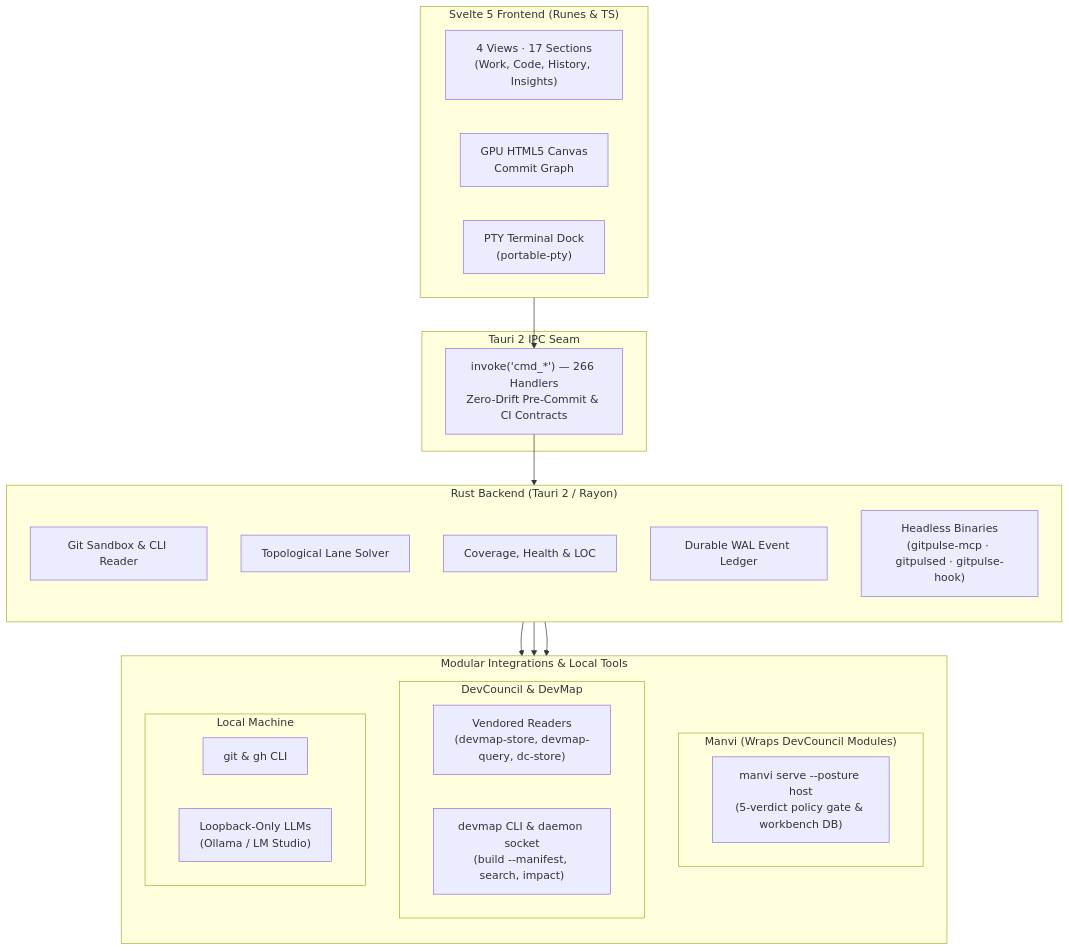
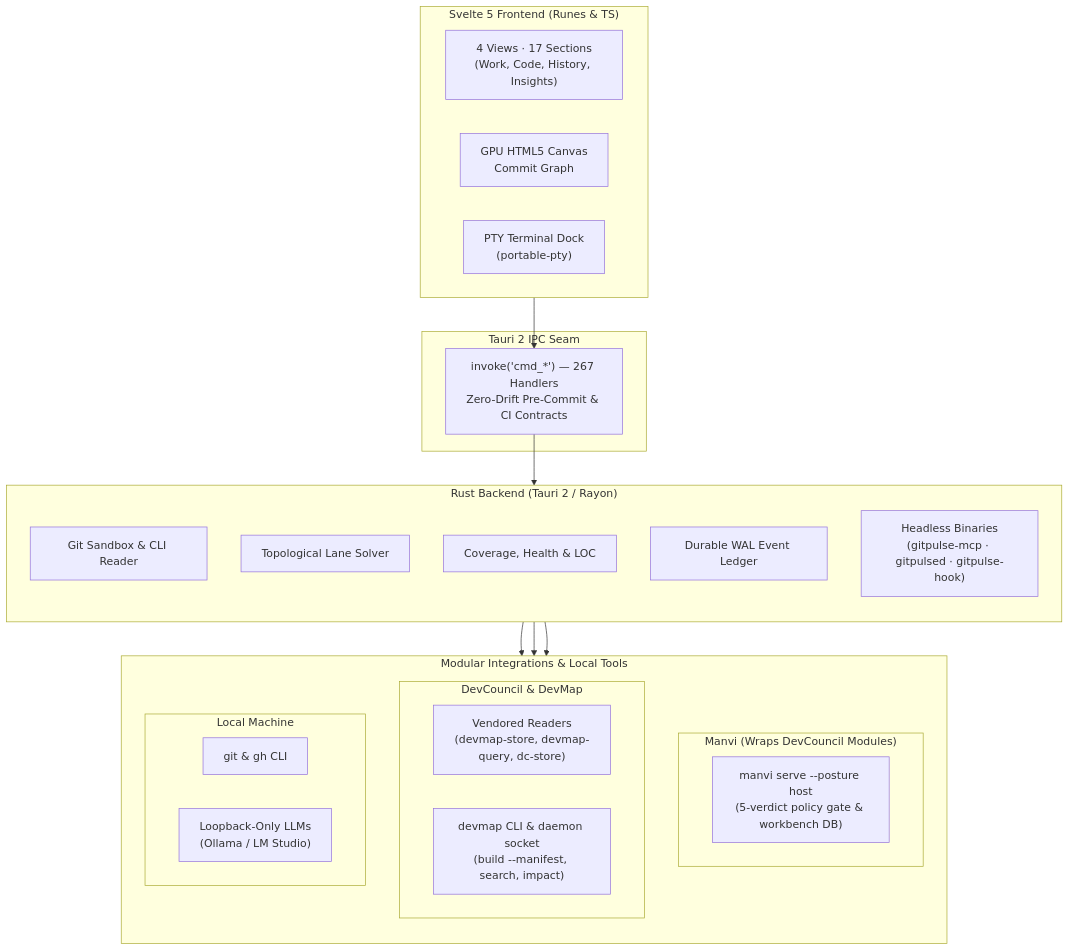
Before and after one commit to bharathvbcr/GitPulse: the diagram in README.md, drawn with Mermaid. The commit also changed 35 other files, not shown here.

````diff
--- a/README.md
+++ b/README.md
@@ -116,43 +116,43 @@
 ```mermaid
 flowchart TB
     subgraph Frontend["Svelte 5 Frontend (Runes & TS)"]
         direction LR
         Views["4 Views · 17 Sections<br/>(Work, Code, History, Insights)"]
         Canvas["GPU HTML5 Canvas<br/>Commit Graph"]
         TerminalDock["PTY Terminal Dock<br/>(portable-pty)"]
     end
 
     subgraph IPC["Tauri 2 IPC Seam"]
-        Bridge["invoke('cmd_*') — 266 Handlers<br/>Zero-Drift Pre-Commit & CI Contracts"]
+        Bridge["invoke('cmd_*') — 267 Handlers<br/>Zero-Drift Pre-Commit & CI Contracts"]
     end
 
     subgraph Backend["Rust Backend (Tauri 2 / Rayon)"]
         direction TB
         GitEngine["Git Sandbox & CLI Reader"]
         LaneSolver["Topological Lane Solver"]
         Analyzers["Coverage, Health & LOC"]
         Ledger["Durable WAL Event Ledger"]
         Headless["Headless Binaries<br/>(gitpulse-mcp · gitpulsed · gitpulse-hook)"]
     end
 
     subgraph Integrations["Modular Integrations & Local Tools"]
         direction TB
         subgraph ManviWrap["Manvi (Wraps DevCouncil Modules)"]
             ManviSidecar["manvi serve --posture host<br/>(5-verdict policy gate & workbench DB)"]
         end
         subgraph DevCouncilMods["DevCouncil & DevMap"]
             Vendored["Vendored Readers<br/>(devmap-store, devmap-query, dc-store)"]
             DevMapCLI["devmap CLI & daemon socket<br/>(build --manifest, search, impact)"]
         end
         subgraph LocalTools["Local Machine"]
             CLI["git & gh CLI"]
             LocalLLM["Loopback-Only LLMs<br/>(Ollama / LM Studio)"]
         end
     end
 
     Frontend --> Bridge
     Bridge --> Backend
     Backend --> ManviWrap
     Backend --> DevCouncilMods
     Backend --> LocalTools
 ```
````
